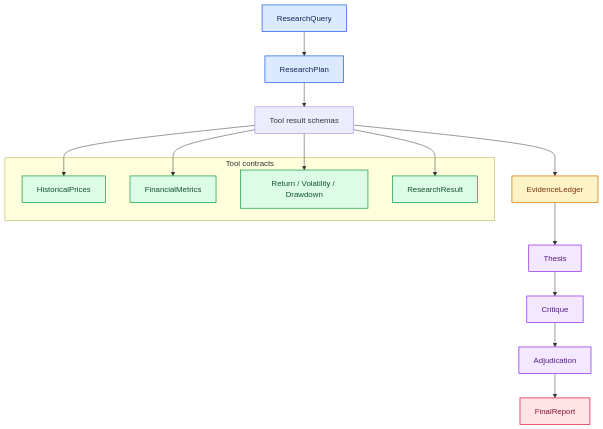
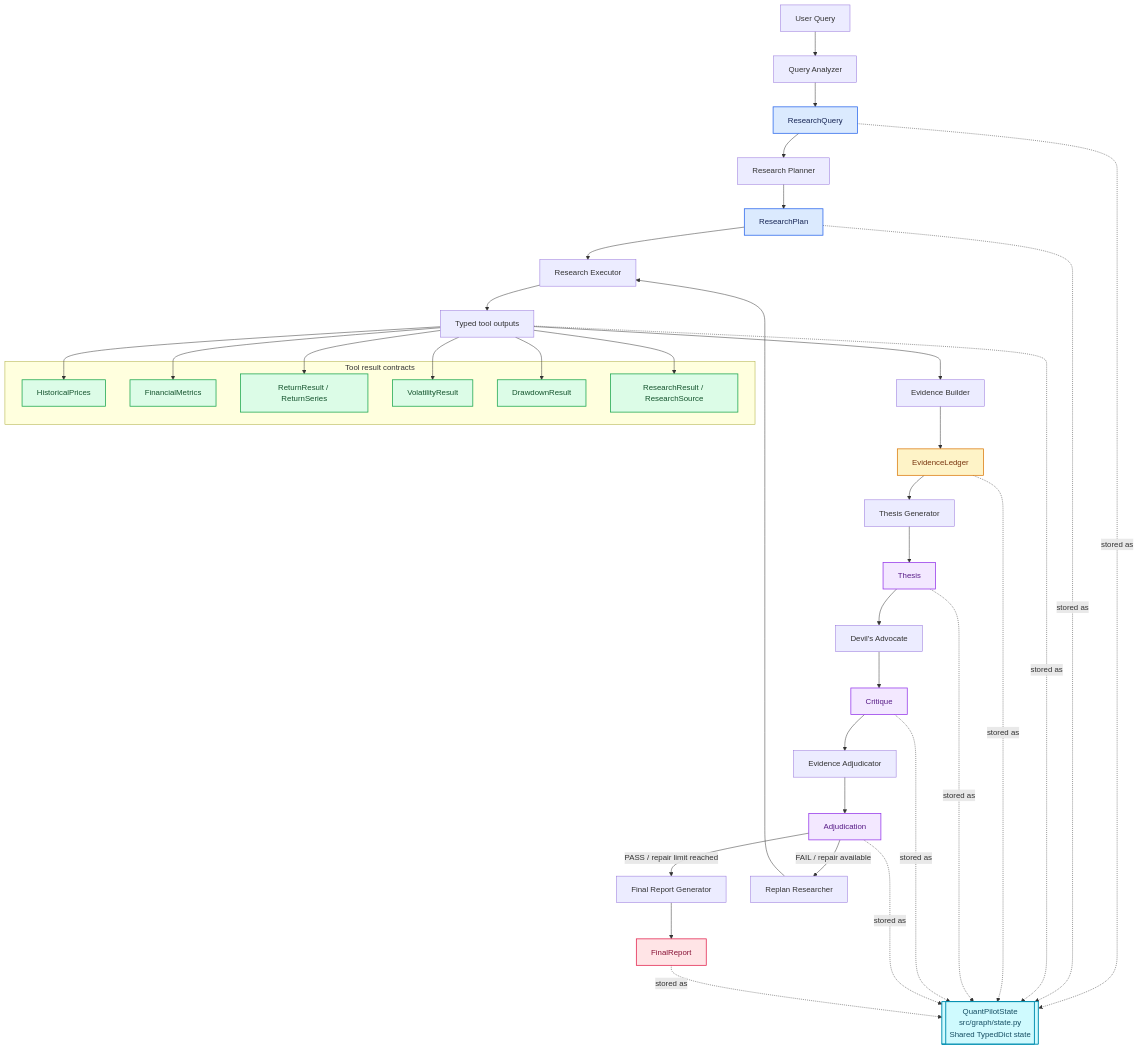
Before and after one commit to vaibhav-rj/Agentic_AI: the diagram in quantpilot/src/schemas/README.md, drawn with Mermaid. The commit also changed other lines of this file and 1 other file, not shown here.

Commit message:
updated central and schema readme.md

````diff
--- a/quantpilot/src/schemas/README.md
+++ b/quantpilot/src/schemas/README.md
@@ -7,32 +7,60 @@
 ```mermaid
 flowchart TD
-    Q[ResearchQuery] --> P[ResearchPlan]
-    P --> T[Tool result schemas]
-    T --> E[EvidenceLedger]
-    E --> H[Thesis]
-    H --> C[Critique]
-    C --> A[Adjudication]
-    A --> R[FinalReport]
+    INPUT["User Query"] --> QA["Query Analyzer"]
+    QA --> RQ["ResearchQuery"]
+    RQ --> RP["Research Planner"]
+    RP --> PLAN["ResearchPlan"]
+    PLAN --> EXEC["Research Executor"]
+    EXEC --> TOOLS["Typed tool outputs"]
+    TOOLS --> EB["Evidence Builder"]
+    EB --> LEDGER["EvidenceLedger"]
+    LEDGER --> TG["Thesis Generator"]
+    TG --> TH["Thesis"]
+    TH --> DA["Devil's Advocate"]
+    DA --> CR["Critique"]
+    CR --> ADJ["Evidence Adjudicator"]
+    ADJ --> AD["Adjudication"]
+    AD -->|PASS / repair limit reached| REPORT["Final Report Generator"]
+    REPORT --> FR["FinalReport"]
+    AD -->|FAIL / repair available| REPLAN["Replan Researcher"]
+    REPLAN --> EXEC
 
-    subgraph Tool contracts
-      M[HistoricalPrices]
-      F[FinancialMetrics]
-      N[Return / Volatility / Drawdown]
-      X[ResearchResult]
+    subgraph Tool result contracts
+        M["HistoricalPrices"]
+        F["FinancialMetrics"]
+        Q["ReturnResult / ReturnSeries"]
+        VOL["VolatilityResult"]
+        DD["DrawdownResult"]
+        X["ResearchResult / ResearchSource"]
     end
-    T --> M
-    T --> F
-    T --> N
-    T --> X
+    TOOLS --> M
+    TOOLS --> F
+    TOOLS --> Q
+    TOOLS --> VOL
+    TOOLS --> DD
+    TOOLS --> X
+
+    STATE[["QuantPilotState<br/>src/graph/state.py<br/>Shared TypedDict state"]]
+    RQ -. stored as .-> STATE
+    PLAN -. stored as .-> STATE
+    TOOLS -. stored as .-> STATE
+    LEDGER -. stored as .-> STATE
+    TH -. stored as .-> STATE
+    CR -. stored as .-> STATE
+    AD -. stored as .-> STATE
+    FR -. stored as .-> STATE
 
     classDef query fill:#dbeafe,stroke:#2563eb,color:#172554,stroke-width:1.5px
     classDef tool fill:#dcfce7,stroke:#16a34a,color:#14532d,stroke-width:1.5px
     classDef evidence fill:#fef3c7,stroke:#d97706,color:#78350f,stroke-width:1.5px
     classDef reasoning fill:#f3e8ff,stroke:#9333ea,color:#581c87,stroke-width:1.5px
     classDef report fill:#ffe4e6,stroke:#e11d48,color:#881337,stroke-width:1.5px
-    class Q,P query
-    class M,F,N,X tool
-    class E evidence
-    class H,C,A reasoning
-    class R report
+    classDef state fill:#cffafe,stroke:#0891b2,color:#164e63,stroke-width:2px
+
+    class RQ,PLAN query
+    class M,F,Q,VOL,DD,X tool
+    class LEDGER evidence
+    class TH,CR,AD reasoning
+    class FR report
+    class STATE state
 ```
````
